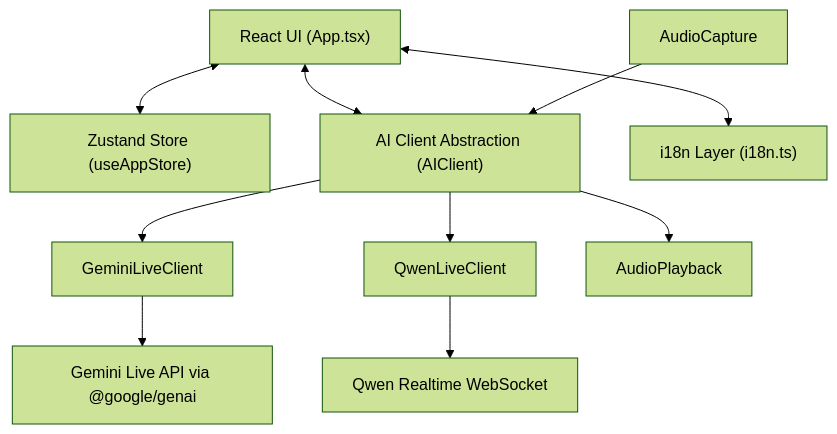
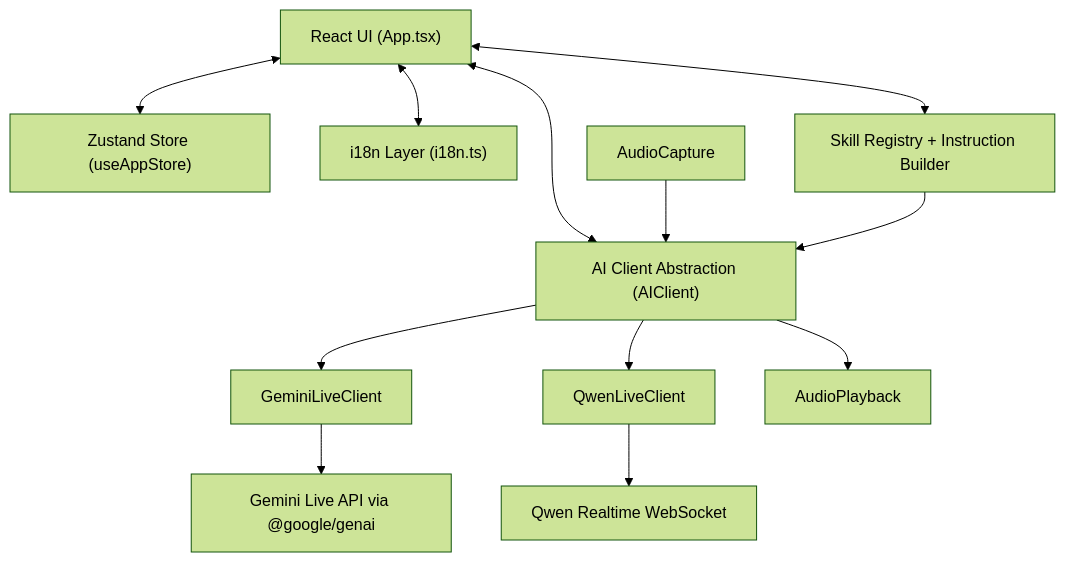
Before and after one commit to goldengrape/Phone-Assistant: the diagram in docs/architecture_and_modules.md, drawn with Mermaid (forest theme). The commit also changed other lines of this file and 5 other files, not shown here.

````diff
--- a/docs/architecture_and_modules.md
+++ b/docs/architecture_and_modules.md
@@ -18,13 +19,15 @@
 ```mermaid
 graph TD
     A["React UI (App.tsx)"] <--> B["Zustand Store (useAppStore)"]
     A <--> C["AI Client Abstraction (AIClient)"]
     A <--> D["i18n Layer (i18n.ts)"]
+    A <--> K["Skill Registry + Instruction Builder"]
 
     E["AudioCapture"] --> C
     C --> F["GeminiLiveClient"]
     C --> G["QwenLiveClient"]
     F --> H["Gemini Live API via @google/genai"]
     G --> I["Qwen Realtime WebSocket"]
     C --> J["AudioPlayback"]
+    K --> C
 ```
````
